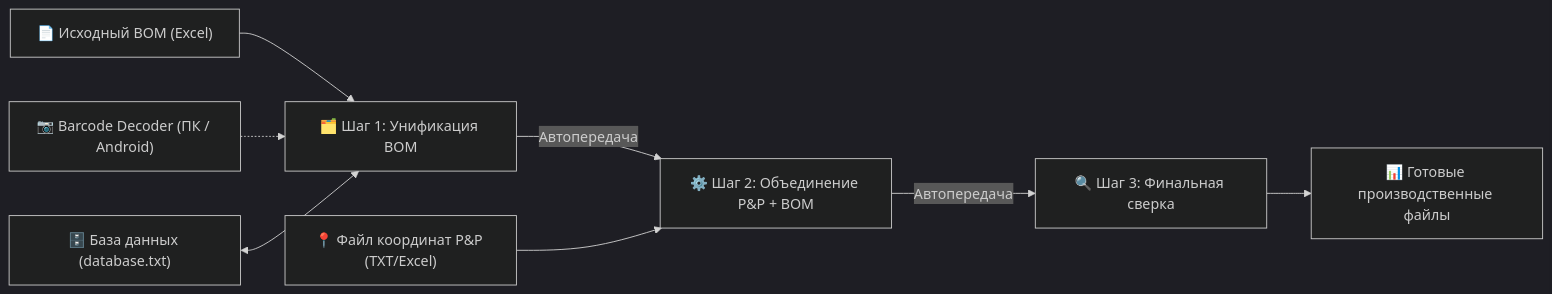
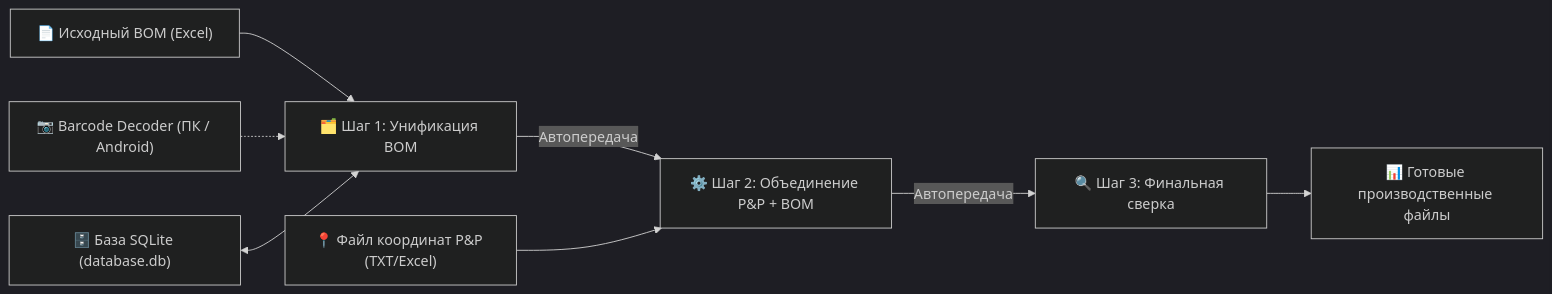
Before and after one commit to kean5782-coder/PnP_manager: the diagram in BarcodeDecoder/README.md, drawn with Mermaid (dark theme). The commit also changed other lines of this file, not shown here.

Commit message:
Update README.md with light theme, GOST parsing improvements, SQLite optimization and code documentation

````diff
--- a/BarcodeDecoder/README.md
+++ b/BarcodeDecoder/README.md
@@ -20,11 +33,11 @@
 ```mermaid
 graph LR
     A["📄 Исходный BOM (Excel)"] --> B["🗂️ Шаг 1: Унификация BOM"]
     B -->|"Автопередача"| C["⚙️ Шаг 2: Объединение P&P + BOM"]
     D["📍 Файл координат P&P (TXT/Excel)"] --> C
     C -->|"Автопередача"| E["🔍 Шаг 3: Финальная сверка"]
     E --> F["📊 Готовые производственные файлы"]
     
     G["📷 Barcode Decoder (ПК / Android)"] -.-> B
-    H["🗄️ База данных (database.txt)"] <--> B
+    H["🗄️ База SQLite (database.db)"] <--> B
 ```
````
